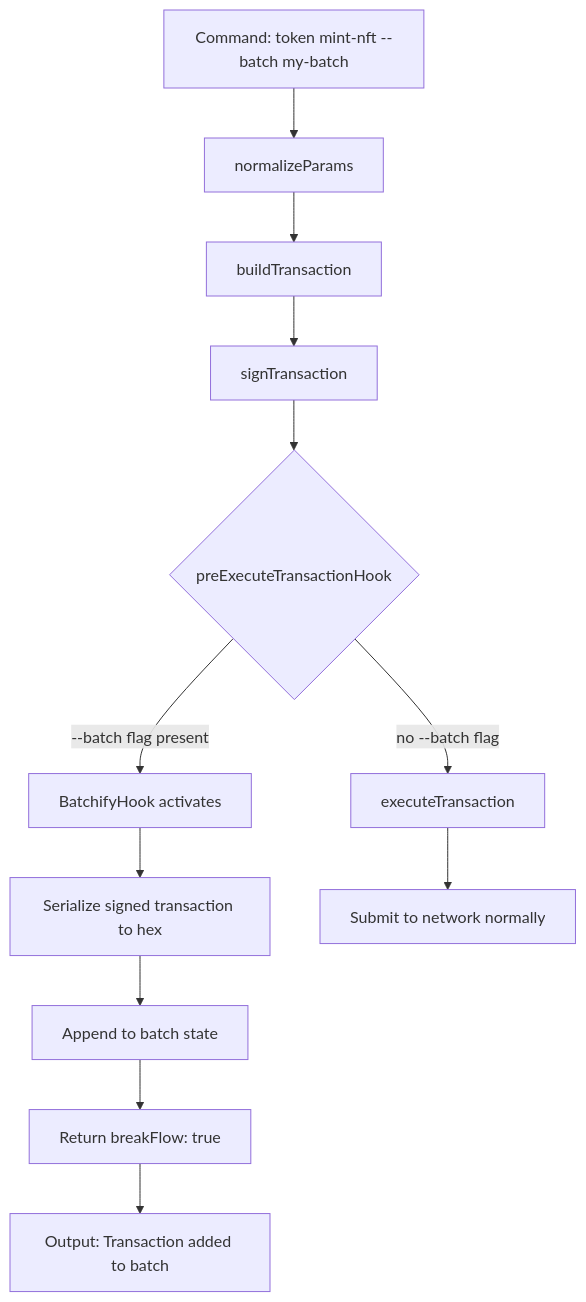
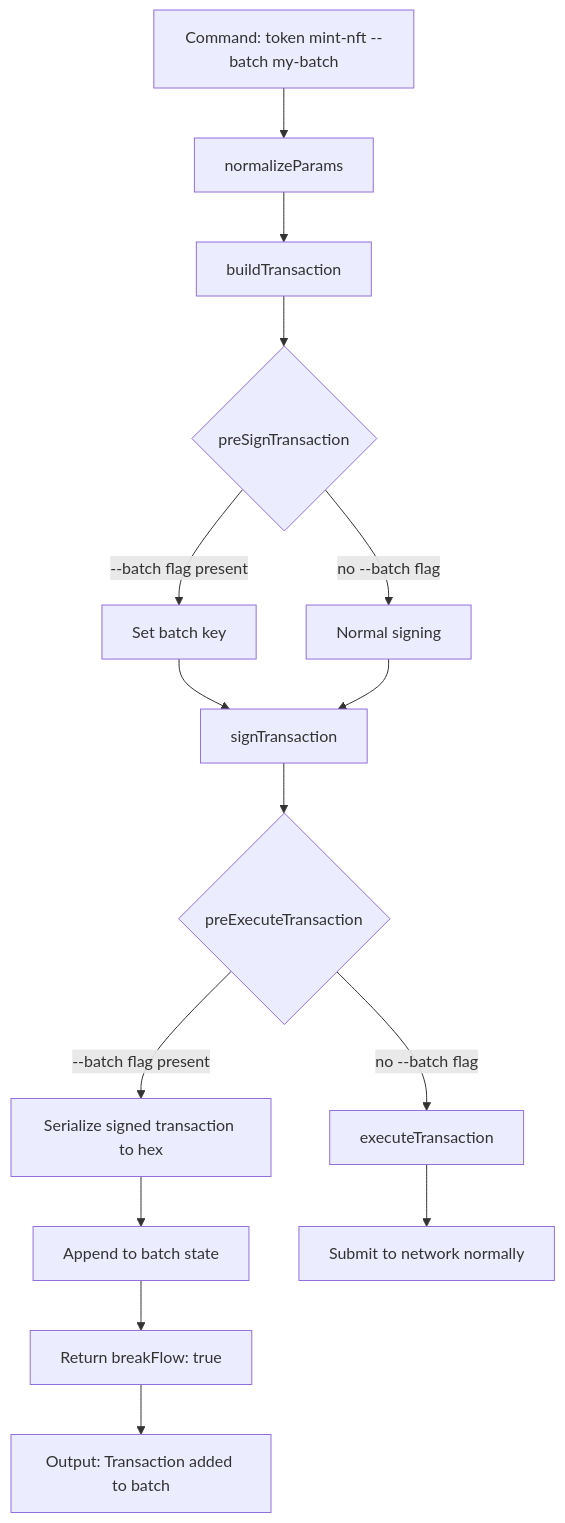
Before and after one commit to hiero-ledger/hiero-cli: the second of 2 diagrams in docs/adr/ADR-010-batch-transaction-plugin.md, drawn with Mermaid. The commit also changed other lines of this file, not shown here.

````diff
--- a/docs/adr/ADR-010-batch-transaction-plugin.md
+++ b/docs/adr/ADR-010-batch-transaction-plugin.md
@@ -535,14 +562,17 @@
 ```mermaid
 flowchart TD
     A["Command: token mint-nft --batch my-batch"] --> B[normalizeParams]
     B --> C[buildTransaction]
-    C --> C2[signTransaction]
-    C2 --> D{"preExecuteTransactionHook"}
-    D -->|"--batch flag present"| E[BatchifyHook activates]
-    E --> F[Serialize signed transaction to hex]
-    F --> G[Append to batch state]
-    G --> H["Return breakFlow: true"]
-    H --> I["Output: Transaction added to batch"]
+    C --> C1{"preSignTransaction"}
+    C1 -->|"--batch flag present"| C2[Set batch key]
+    C1 -->|"no --batch flag"| C3[Normal signing]
+    C2 --> C4[signTransaction]
+    C3 --> C4
+    C4 --> D{"preExecuteTransaction"}
+    D -->|"--batch flag present"| E[Serialize signed transaction to hex]
+    E --> F[Append to batch state]
+    F --> G["Return breakFlow: true"]
+    G --> H["Output: Transaction added to batch"]
     D -->|"no --batch flag"| J[executeTransaction]
     J --> K[Submit to network normally]
 ```
````
